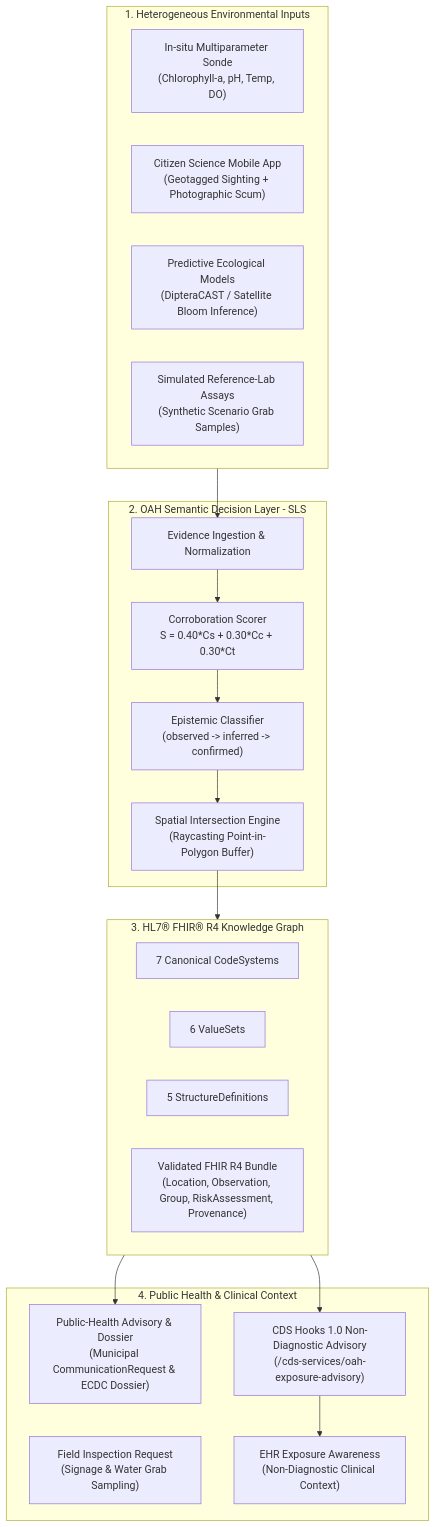
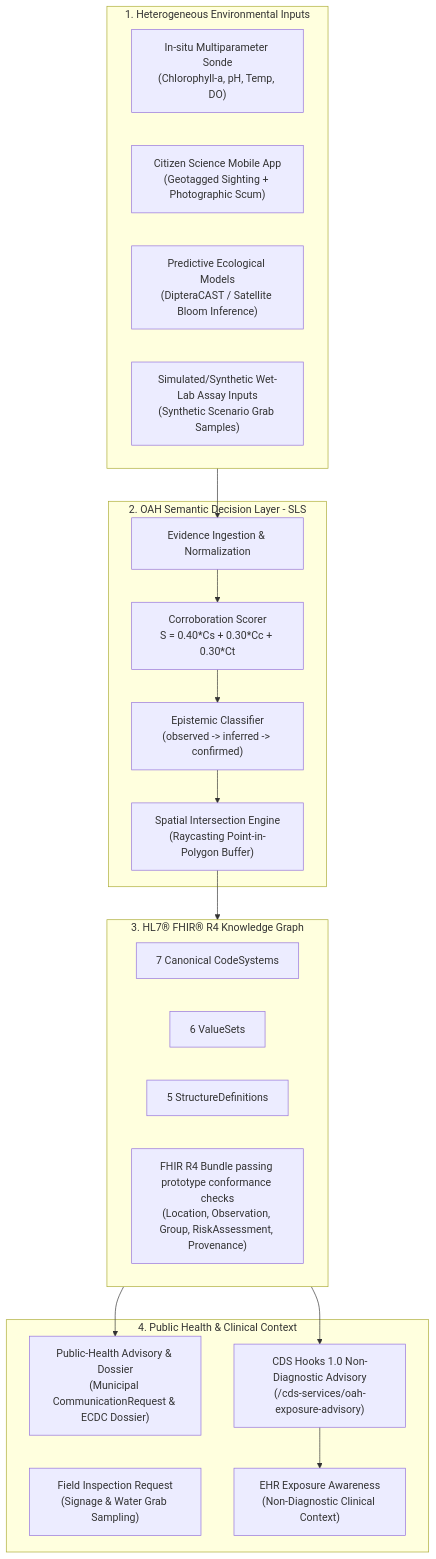
One commit to rasmiya06/OneAquaHealth-Bridge changed the diagram in README.md. Above: the diagram before and after it, drawn with Mermaid. The commit also changed other lines of this file and 1 other file, not shown here.

Commit message:
docs: align README claims with prototype assertions and clarify relationship to upstream HL7 Europe OneAquaHealth FHIR IG

````diff
--- a/README.md
+++ b/README.md
@@ -34,37 +34,37 @@
 ```mermaid
 flowchart TD
     subgraph HeterogeneousInputs [1. Heterogeneous Environmental Inputs]
         Sensors["In-situ Multiparameter Sonde<br/>(Chlorophyll-a, pH, Temp, DO)"]
         Citizen["Citizen Science Mobile App<br/>(Geotagged Sighting + Photographic Scum)"]
         Models["Predictive Ecological Models<br/>(DipteraCAST / Satellite Bloom Inference)"]
-        Labs["Simulated Reference-Lab Assays<br/>(Synthetic Scenario Grab Samples)"]
+        Labs["Simulated/Synthetic Wet-Lab Assay Inputs<br/>(Synthetic Scenario Grab Samples)"]
     end
 
     subgraph DecisionEngine [2. OAH Semantic Decision Layer - SLS]
         Ingest["Evidence Ingestion & Normalization"]
         Score["Corroboration Scorer<br/>S = 0.40*Cs + 0.30*Cc + 0.30*Ct"]
         Epistemic["Epistemic Classifier<br/>(observed -> inferred -> confirmed)"]
         Spatial["Spatial Intersection Engine<br/>(Raycasting Point-in-Polygon Buffer)"]
     end
 
     subgraph FHIRSuite [3. HL7® FHIR® R4 Knowledge Graph]
         CS["7 Canonical CodeSystems"]
         VS["6 ValueSets"]
         SD["5 StructureDefinitions"]
-        Bundle["Validated FHIR R4 Bundle<br/>(Location, Observation, Group, RiskAssessment, Provenance)"]
+        Bundle["FHIR R4 Bundle passing prototype conformance checks<br/>(Location, Observation, Group, RiskAssessment, Provenance)"]
     end
 
     subgraph ActionWorkflows [4. Public Health & Clinical Context]
         PublicHealth["Public-Health Advisory & Dossier<br/>(Municipal CommunicationRequest & ECDC Dossier)"]
         Inspection["Field Inspection Request<br/>(Signage & Water Grab Sampling)"]
         CDSHooks["CDS Hooks 1.0 Non-Diagnostic Advisory<br/>(/cds-services/oah-exposure-advisory)"]
         EHR["EHR Exposure Awareness<br/>(Non-Diagnostic Clinical Context)"]
     end
 
     HeterogeneousInputs --> Ingest
     Ingest --> Score --> Epistemic --> Spatial
     Spatial --> FHIRSuite
     FHIRSuite --> CDSHooks
     CDSHooks --> EHR
     FHIRSuite --> PublicHealth
 ```
````
